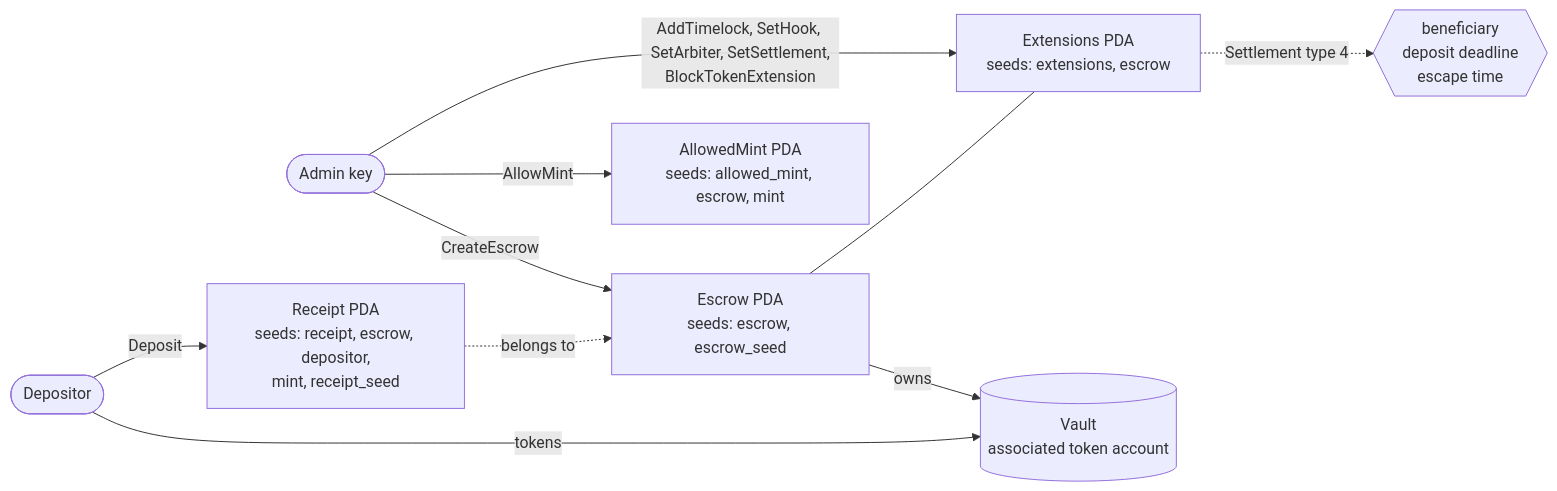
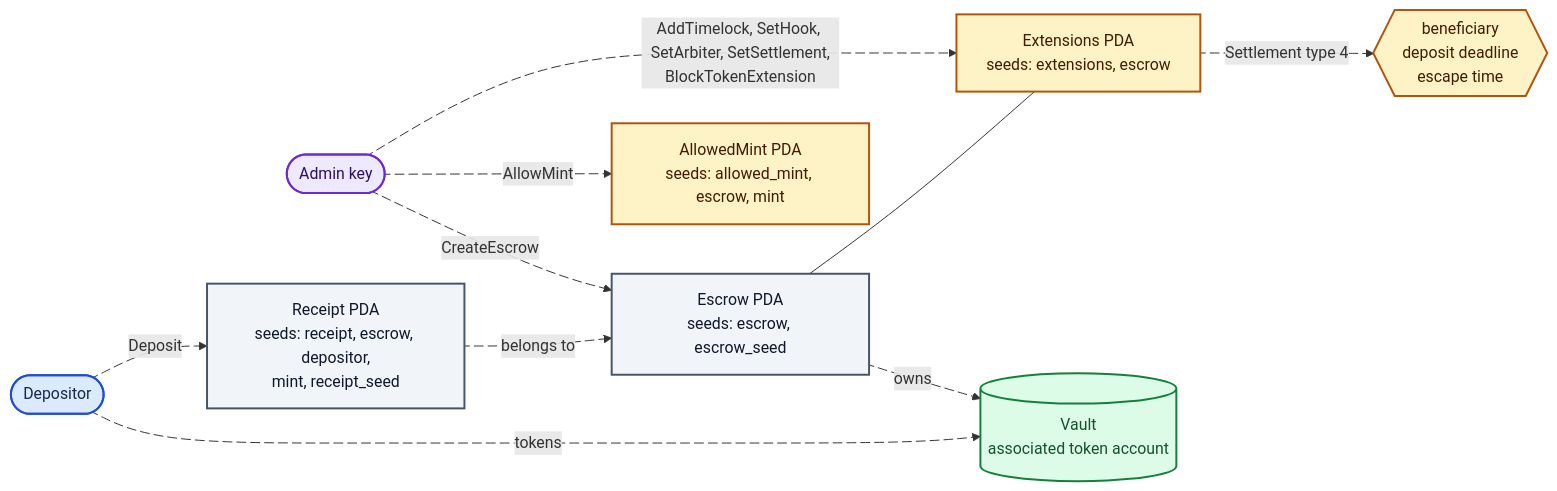
One commit to visit-airspace/airspace-contracts changed the first of 7 diagrams in README.md. Above: the diagram before and after it, drawn with Mermaid. The commit also changed other lines of this file, not shown here.

Commit message:
docs: clarify sponsor trust and animate contract diagrams

````diff
--- a/README.md
+++ b/README.md
@@ -43,12 +47,30 @@
 ```mermaid
 flowchart LR
-    Admin([Admin key]) -->|CreateEscrow| Escrow[Escrow PDA<br/>seeds: escrow, escrow_seed]
-    Admin -->|AddTimelock, SetHook, SetArbiter, SetSettlement,<br/>BlockTokenExtension| Ext[Extensions PDA<br/>seeds: extensions, escrow]
-    Admin -->|AllowMint| AM[AllowedMint PDA<br/>seeds: allowed_mint, escrow, mint]
+    Admin([Admin key]) e1@-->|CreateEscrow| Escrow[Escrow PDA<br/>seeds: escrow, escrow_seed]
+    Admin e2@-->|AddTimelock, SetHook, SetArbiter, SetSettlement,<br/>BlockTokenExtension| Ext[Extensions PDA<br/>seeds: extensions, escrow]
+    Admin e3@-->|AllowMint| AM[AllowedMint PDA<br/>seeds: allowed_mint, escrow, mint]
     Escrow --- Ext
-    Escrow -->|owns| Vault[(Vault<br/>associated token account)]
-    Depositor([Depositor]) -->|Deposit| Receipt[Receipt PDA<br/>seeds: receipt, escrow, depositor,<br/>mint, receipt_seed]
-    Depositor -->|tokens| Vault
-    Receipt -.->|belongs to| Escrow
-    Ext -.->|Settlement type 4| Terms{{beneficiary<br/>deposit deadline<br/>escape time}}
+    Escrow e5@-->|owns| Vault[(Vault<br/>associated token account)]
+    Depositor([Depositor]) e6@-->|Deposit| Receipt[Receipt PDA<br/>seeds: receipt, escrow, depositor,<br/>mint, receipt_seed]
+    Depositor e7@-->|tokens| Vault
+    Receipt e8@-.->|belongs to| Escrow
+    Ext e9@-.->|Settlement type 4| Terms{{beneficiary<br/>deposit deadline<br/>escape time}}
+    e1@{ animation: slow }
+    e2@{ animation: slow }
+    e3@{ animation: slow }
+    e5@{ animation: slow }
+    e6@{ animation: slow }
+    e7@{ animation: slow }
+    e8@{ animation: slow }
+    e9@{ animation: slow }
+    classDef sponsor fill:#DBEAFE,stroke:#1D4ED8,color:#172554,stroke-width:2px;
+    class Depositor sponsor;
+    classDef admin fill:#EDE9FE,stroke:#6D28D9,color:#2E1065,stroke-width:2px;
+    class Admin admin;
+    classDef money fill:#DCFCE7,stroke:#15803D,color:#14532D,stroke-width:2px;
+    class Vault money;
+    classDef rules fill:#FEF3C7,stroke:#B45309,color:#451A03,stroke-width:2px;
+    class Terms,Ext,AM rules;
+    classDef record fill:#F1F5F9,stroke:#475569,color:#0F172A,stroke-width:2px;
+    class Escrow,Receipt record;
 ```
````
